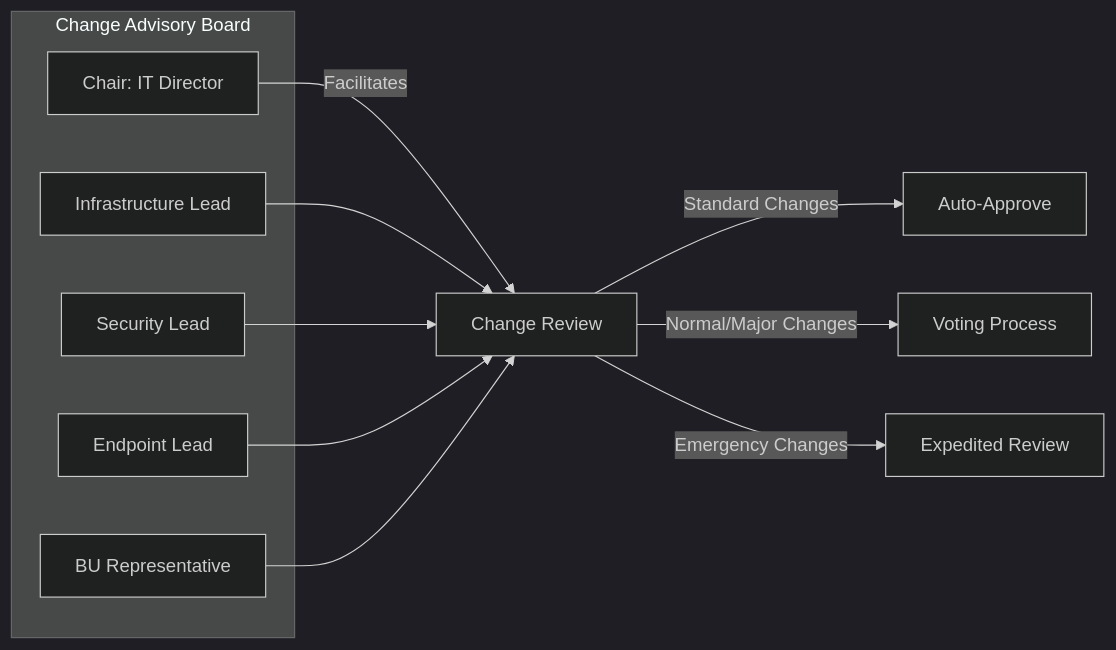
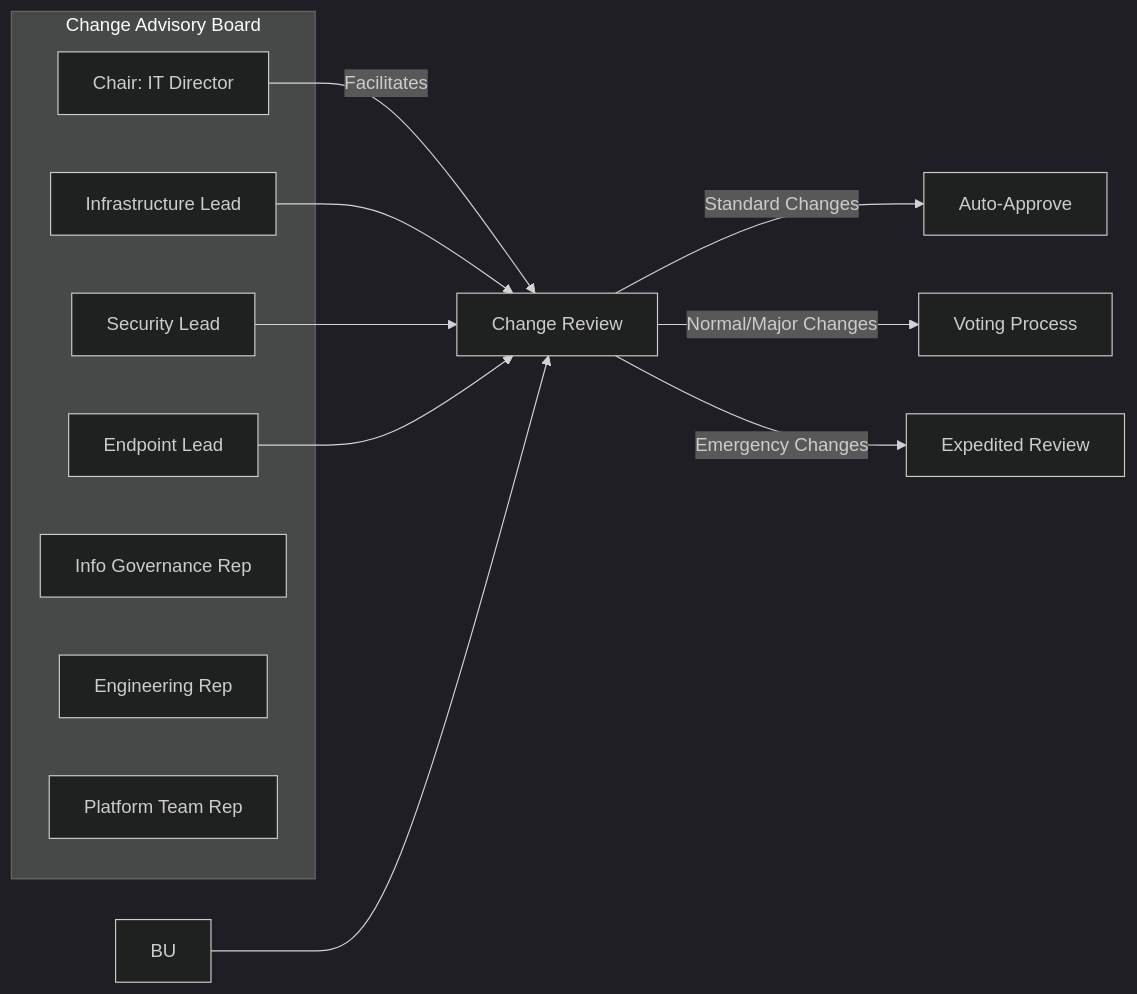
Before and after one commit to aj-enns/microsoft.devcenter: the seventh of 8 diagrams in docs/RACI-MATRIX.md, drawn with Mermaid (dark theme). The commit also changed other lines of this file, not shown here.

Commit message:
feat: Update RACI Matrix to include Information Governance team and distinguish between Engineering and Business Platform teams

````diff
--- a/docs/RACI-MATRIX.md
+++ b/docs/RACI-MATRIX.md
@@ -390,20 +433,22 @@
 ```mermaid
 flowchart LR
     subgraph CAB["Change Advisory Board"]
         CHAIR["Chair: IT Director"]
         INF["Infrastructure Lead"]
         SEC["Security Lead"]
         END["Endpoint Lead"]
-        BU["BU Representative"]
+        IG["Info Governance Rep"]
+        ENG["Engineering Rep"]
+        BPT["Platform Team Rep"]
     end
     
     CHAIR --> |"Facilitates"| REVIEW["Change Review"]
     INF --> REVIEW
     SEC --> REVIEW
     END --> REVIEW
     BU --> REVIEW
     
     REVIEW --> |"Standard Changes"| AUTO["Auto-Approve"]
     REVIEW --> |"Normal/Major Changes"| VOTE["Voting Process"]
     REVIEW --> |"Emergency Changes"| EXP["Expedited Review"]
 ```
````
